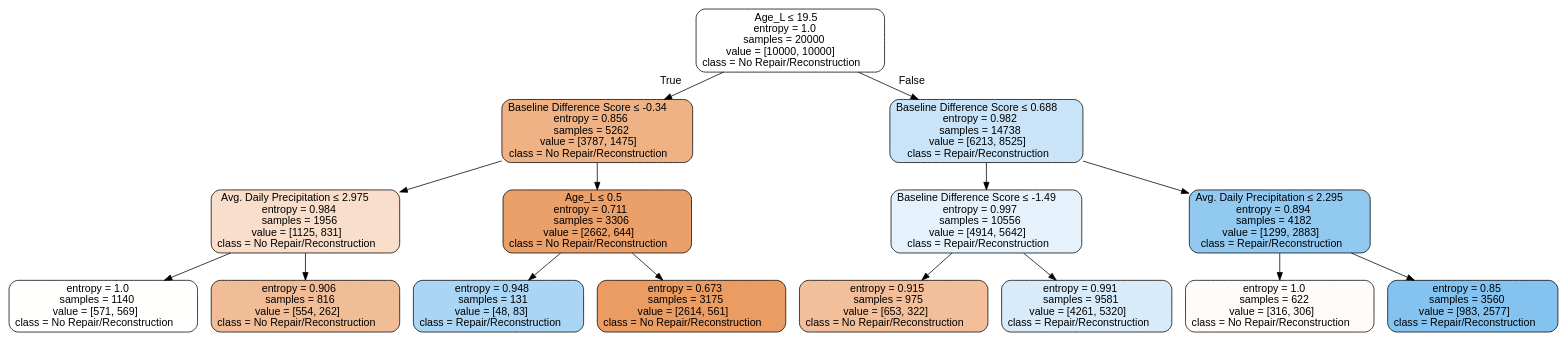
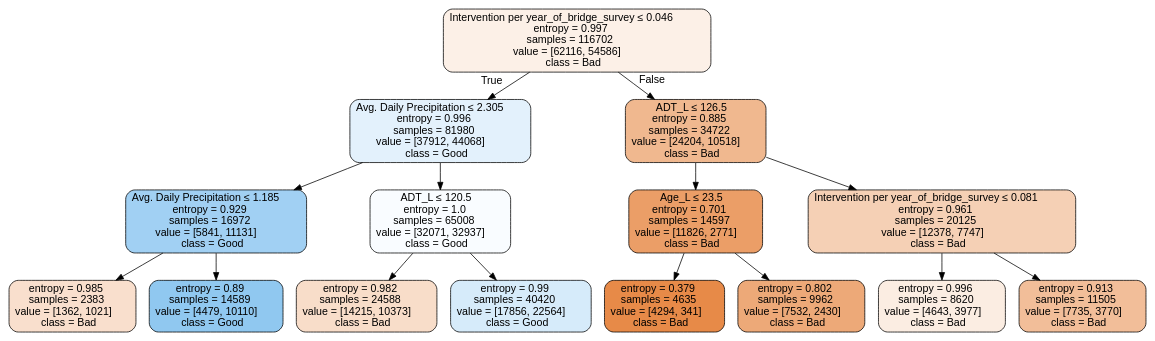
One commit to kaleoyster/nbi-predictive-analysis changed the diagram in tree.dot. Above: the diagram before and after it, drawn with Graphviz. The commit also changed 4 other files, not shown here.

```diff
--- a/tree.dot
+++ b/tree.dot
@@ -1,33 +1,33 @@
 digraph Tree {
 node [shape=box, style="filled, rounded", color="black", fontname=helvetica] ;
 edge [fontname=helvetica] ;
-0 [label=<Age_L &le; 19.5<br/>entropy = 1.0<br/>samples = 20000<br/>value = [10000, 10000]<br/>class = No Repair/Reconstruction>, fillcolor="#e5813900"] ;
-1 [label=<Baseline Difference Score &le; -0.34<br/>entropy = 0.856<br/>samples = 5262<br/>value = [3787, 1475]<br/>class = No Repair/Reconstruction>, fillcolor="#e581399c"] ;
+0 [label=<Intervention per year_of_bridge_survey &le; 0.046<br/>entropy = 0.997<br/>samples = 116702<br/>value = [62116, 54586]<br/>class = Bad>, fillcolor="#e581391f"] ;
+1 [label=<Avg. Daily Precipitation &le; 2.305<br/>entropy = 0.996<br/>samples = 81980<br/>value = [37912, 44068]<br/>class = Good>, fillcolor="#399de524"] ;
 0 -> 1 [labeldistance=2.5, labelangle=45, headlabel="True"] ;
-2 [label=<Avg. Daily Precipitation &le; 2.975<br/>entropy = 0.984<br/>samples = 1956<br/>value = [1125, 831]<br/>class = No Repair/Reconstruction>, fillcolor="#e5813943"] ;
+2 [label=<Avg. Daily Precipitation &le; 1.185<br/>entropy = 0.929<br/>samples = 16972<br/>value = [5841, 11131]<br/>class = Good>, fillcolor="#399de579"] ;
 1 -> 2 ;
-3 [label=<entropy = 1.0<br/>samples = 1140<br/>value = [571, 569]<br/>class = No Repair/Reconstruction>, fillcolor="#e5813901"] ;
+3 [label=<entropy = 0.985<br/>samples = 2383<br/>value = [1362, 1021]<br/>class = Bad>, fillcolor="#e5813940"] ;
 2 -> 3 ;
-4 [label=<entropy = 0.906<br/>samples = 816<br/>value = [554, 262]<br/>class = No Repair/Reconstruction>, fillcolor="#e5813986"] ;
+4 [label=<entropy = 0.89<br/>samples = 14589<br/>value = [4479, 10110]<br/>class = Good>, fillcolor="#399de58e"] ;
 2 -> 4 ;
-5 [label=<Age_L &le; 0.5<br/>entropy = 0.711<br/>samples = 3306<br/>value = [2662, 644]<br/>class = No Repair/Reconstruction>, fillcolor="#e58139c1"] ;
+5 [label=<ADT_L &le; 120.5<br/>entropy = 1.0<br/>samples = 65008<br/>value = [32071, 32937]<br/>class = Good>, fillcolor="#399de507"] ;
 1 -> 5 ;
-6 [label=<entropy = 0.948<br/>samples = 131<br/>value = [48, 83]<br/>class = Repair/Reconstruction>, fillcolor="#399de56c"] ;
+6 [label=<entropy = 0.982<br/>samples = 24588<br/>value = [14215, 10373]<br/>class = Bad>, fillcolor="#e5813945"] ;
 5 -> 6 ;
-7 [label=<entropy = 0.673<br/>samples = 3175<br/>value = [2614, 561]<br/>class = No Repair/Reconstruction>, fillcolor="#e58139c8"] ;
+7 [label=<entropy = 0.99<br/>samples = 40420<br/>value = [17856, 22564]<br/>class = Good>, fillcolor="#399de535"] ;
 5 -> 7 ;
-8 [label=<Baseline Difference Score &le; 0.688<br/>entropy = 0.982<br/>samples = 14738<br/>value = [6213, 8525]<br/>class = Repair/Reconstruction>, fillcolor="#399de545"] ;
+8 [label=<ADT_L &le; 126.5<br/>entropy = 0.885<br/>samples = 34722<br/>value = [24204, 10518]<br/>class = Bad>, fillcolor="#e5813990"] ;
 0 -> 8 [labeldistance=2.5, labelangle=-45, headlabel="False"] ;
-9 [label=<Baseline Difference Score &le; -1.49<br/>entropy = 0.997<br/>samples = 10556<br/>value = [4914, 5642]<br/>class = Repair/Reconstruction>, fillcolor="#399de521"] ;
+9 [label=<Age_L &le; 23.5<br/>entropy = 0.701<br/>samples = 14597<br/>value = [11826, 2771]<br/>class = Bad>, fillcolor="#e58139c3"] ;
 8 -> 9 ;
-10 [label=<entropy = 0.915<br/>samples = 975<br/>value = [653, 322]<br/>class = No Repair/Reconstruction>, fillcolor="#e5813981"] ;
+10 [label=<entropy = 0.379<br/>samples = 4635<br/>value = [4294, 341]<br/>class = Bad>, fillcolor="#e58139eb"] ;
 9 -> 10 ;
-11 [label=<entropy = 0.991<br/>samples = 9581<br/>value = [4261, 5320]<br/>class = Repair/Reconstruction>, fillcolor="#399de533"] ;
+11 [label=<entropy = 0.802<br/>samples = 9962<br/>value = [7532, 2430]<br/>class = Bad>, fillcolor="#e58139ad"] ;
 9 -> 11 ;
-12 [label=<Avg. Daily Precipitation &le; 2.295<br/>entropy = 0.894<br/>samples = 4182<br/>value = [1299, 2883]<br/>class = Repair/Reconstruction>, fillcolor="#399de58c"] ;
+12 [label=<Intervention per year_of_bridge_survey &le; 0.081<br/>entropy = 0.961<br/>samples = 20125<br/>value = [12378, 7747]<br/>class = Bad>, fillcolor="#e581395f"] ;
 8 -> 12 ;
-13 [label=<entropy = 1.0<br/>samples = 622<br/>value = [316, 306]<br/>class = No Repair/Reconstruction>, fillcolor="#e5813908"] ;
+13 [label=<entropy = 0.996<br/>samples = 8620<br/>value = [4643, 3977]<br/>class = Bad>, fillcolor="#e5813925"] ;
 12 -> 13 ;
-14 [label=<entropy = 0.85<br/>samples = 3560<br/>value = [983, 2577]<br/>class = Repair/Reconstruction>, fillcolor="#399de59e"] ;
+14 [label=<entropy = 0.913<br/>samples = 11505<br/>value = [7735, 3770]<br/>class = Bad>, fillcolor="#e5813983"] ;
 12 -> 14 ;
 }
```
